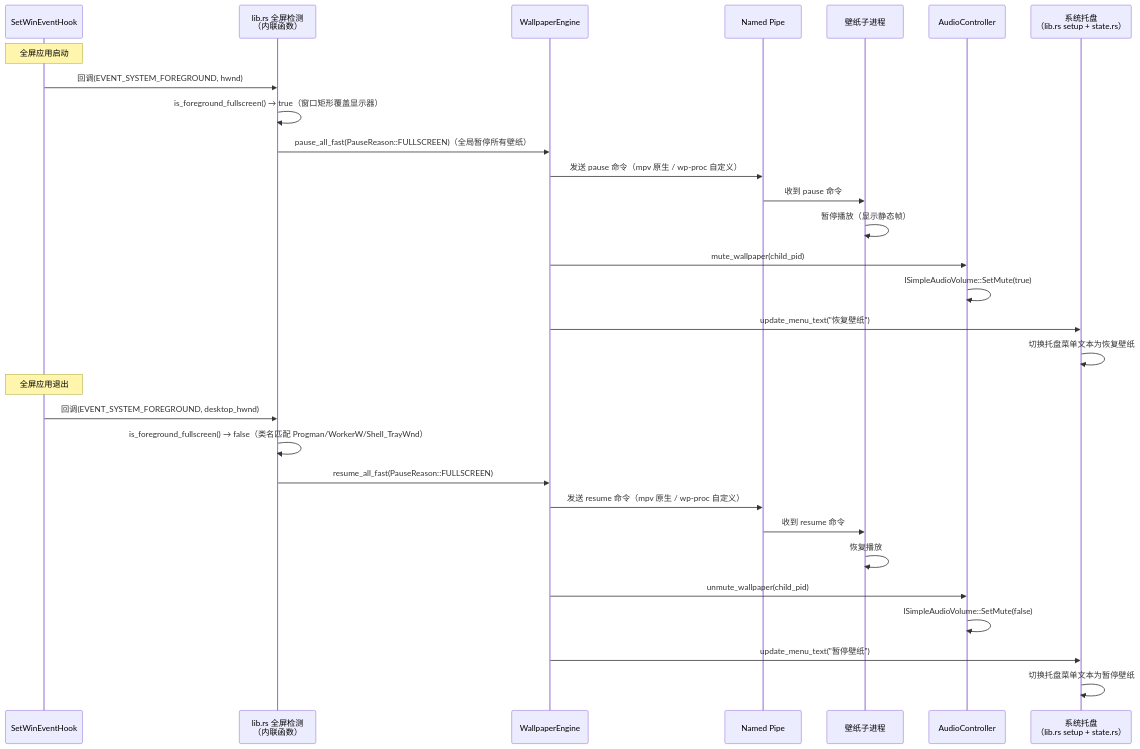
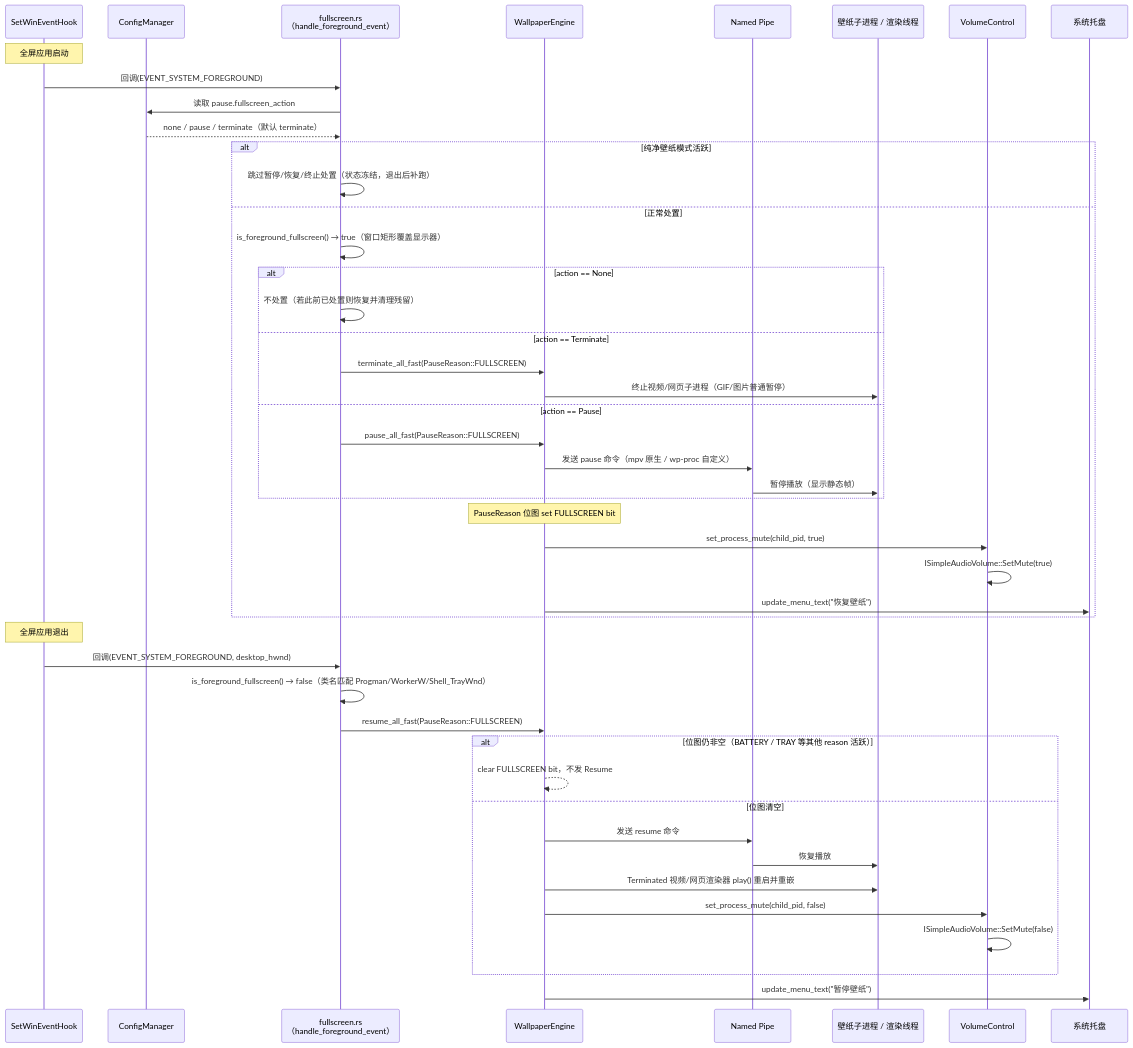
One commit to Wunseol/mirrorstar-wallpaper changed the diagram in docs/02-架构与技术栈/06-暂停恢复机制-Pause-Resume.md. Above: the diagram before and after it, drawn with Mermaid. The commit also changed other lines of this file and 42 other files, not shown here.

````diff
--- a/docs/02-架构与技术栈/06-暂停恢复机制-Pause-Resume.md
+++ b/docs/02-架构与技术栈/06-暂停恢复机制-Pause-Resume.md
@@ -416,42 +482,55 @@
 ```mermaid
 sequenceDiagram
     participant Hook as SetWinEventHook
-    participant Lib as lib.rs 全屏检测<br/>（内联函数）
+    participant Cfg as ConfigManager
+    participant Lib as fullscreen.rs<br/>（handle_foreground_event）
     participant Engine as WallpaperEngine
     participant IPC as Named Pipe
-    participant Child as 壁纸子进程
-    participant Audio as AudioController
-    participant Tray as 系统托盘<br/>（lib.rs setup + state.rs）
+    participant Child as 壁纸子进程 / 渲染线程
+    participant Audio as VolumeControl
+    participant Tray as 系统托盘
 
     Note over Hook: 全屏应用启动
 
-    Hook->>Lib: 回调(EVENT_SYSTEM_FOREGROUND, hwnd)
-    Lib->>Lib: is_foreground_fullscreen() → true（窗口矩形覆盖显示器）
+    Hook->>Lib: 回调(EVENT_SYSTEM_FOREGROUND)
+    Lib->>Cfg: 读取 pause.fullscreen_action
+    Cfg-->>Lib: none / pause / terminate（默认 terminate）
 
-    Lib->>Engine: pause_all_fast(PauseReason::FULLSCREEN)（全局暂停所有壁纸）
-    Engine->>IPC: 发送 pause 命令（mpv 原生 / wp-proc 自定义）
-    IPC->>Child: 收到 pause 命令
-    Child->>Child: 暂停播放（显示静态帧）
-
-    Engine->>Audio: mute_wallpaper(child_pid)
-    Audio->>Audio: ISimpleAudioVolume::SetMute(true)
-
-    Engine->>Tray: update_menu_text("恢复壁纸")
-    Tray->>Tray: 切换托盘菜单文本为恢复壁纸
+    alt 纯净壁纸模式活跃
+        Lib->>Lib: 跳过暂停/恢复/终止处置（状态冻结，退出后补跑）
+    else 正常处置
+        Lib->>Lib: is_foreground_fullscreen() → true（窗口矩形覆盖显示器）
+        alt action == None
+            Lib->>Lib: 不处置（若此前已处置则恢复并清理残留）
+        else action == Terminate
+            Lib->>Engine: terminate_all_fast(PauseReason::FULLSCREEN)
+            Engine->>Child: 终止视频/网页子进程（GIF/图片普通暂停）
+        else action == Pause
+            Lib->>Engine: pause_all_fast(PauseReason::FULLSCREEN)
+            Engine->>IPC: 发送 pause 命令（mpv 原生 / wp-proc 自定义）
+            IPC->>Child: 暂停播放（显示静态帧）
+        end
+        Note over Engine: PauseReason 位图 set FULLSCREEN bit
+        Engine->>Audio: set_process_mute(child_pid, true)
+        Audio->>Audio: ISimpleAudioVolume::SetMute(true)
+        Engine->>Tray: update_menu_text("恢复壁纸")
+    end
 
     Note over Hook: 全屏应用退出
 
     Hook->>Lib: 回调(EVENT_SYSTEM_FOREGROUND, desktop_hwnd)
     Lib->>Lib: is_foreground_fullscreen() → false（类名匹配 Progman/WorkerW/Shell_TrayWnd）
+    Lib->>Engine: resume_all_fast(PauseReason::FULLSCREEN)
 
-    Lib->>Engine: resume_all_fast(PauseReason::FULLSCREEN)
-    Engine->>IPC: 发送 resume 命令（mpv 原生 / wp-proc 自定义）
-    IPC->>Child: 收到 resume 命令
-    Child->>Child: 恢复播放
-
-    Engine->>Audio: unmute_wallpaper(child_pid)
-    Audio->>Audio: ISimpleAudioVolume::SetMute(false)
+    alt 位图仍非空（BATTERY / TRAY 等其他 reason 活跃）
+        Engine-->>Engine: clear FULLSCREEN bit，不发 Resume
+    else 位图清空
+        Engine->>IPC: 发送 resume 命令
+        IPC->>Child: 恢复播放
+        Engine->>Child: Terminated 视频/网页渲染器 play() 重启并重嵌
+        Engine->>Audio: set_process_mute(child_pid, false)
+        Audio->>Audio: ISimpleAudioVolume::SetMute(false)
+    end
 
     Engine->>Tray: update_menu_text("暂停壁纸")
-    Tray->>Tray: 切换托盘菜单文本为暂停壁纸
 ```
````
